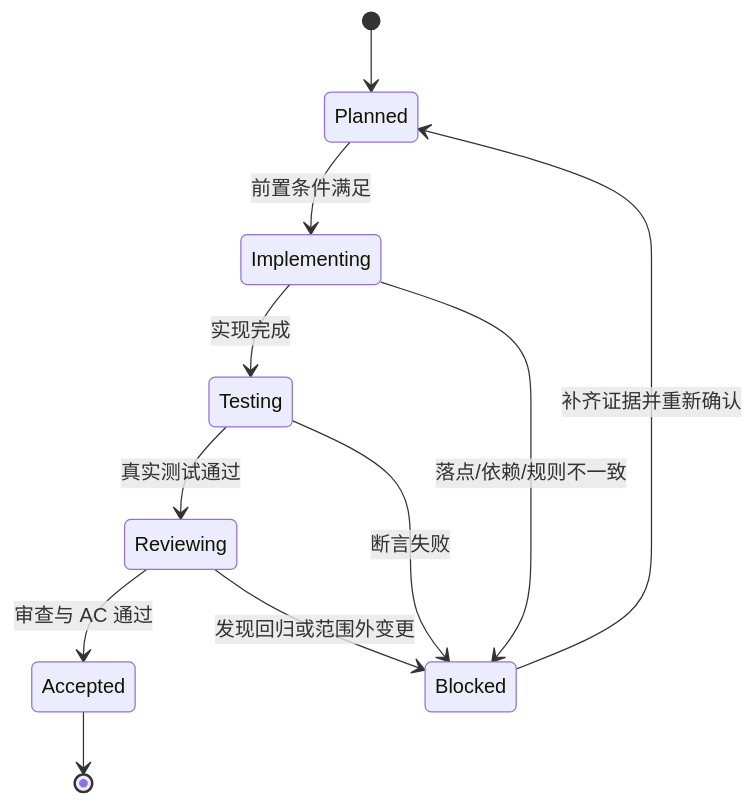
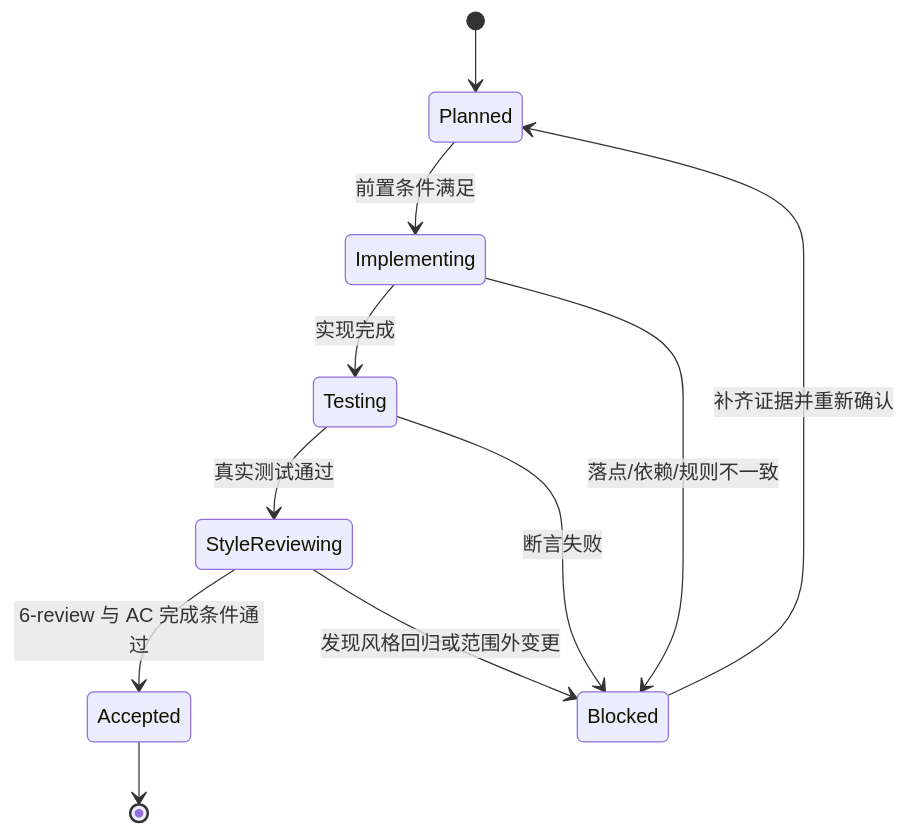
The diagram in implementation-planning-rules/references/minimum-task-execution-contract.md (luode0320/luode-skills), drawn with Mermaid before and after one commit. The commit also changed other lines of this file and 128 other files, not shown here.

````diff
--- a/implementation-planning-rules/references/minimum-task-execution-contract.md
+++ b/implementation-planning-rules/references/minimum-task-execution-contract.md
@@ -45,13 +45,13 @@
 ```mermaid
 stateDiagram-v2
   [*] --> Planned
   Planned --> Implementing: 前置条件满足
   Implementing --> Testing: 实现完成
-  Testing --> Reviewing: 真实测试通过
-  Reviewing --> Accepted: 审查与 AC 通过
+  Testing --> StyleReviewing: 真实测试通过
+  StyleReviewing --> Accepted: 6-review 与 AC 完成条件通过
   Implementing --> Blocked: 落点/依赖/规则不一致
   Testing --> Blocked: 断言失败
-  Reviewing --> Blocked: 发现回归或范围外变更
+  StyleReviewing --> Blocked: 发现风格回归或范围外变更
   Blocked --> Planned: 补齐证据并重新确认
   Accepted --> [*]
 ```
````
